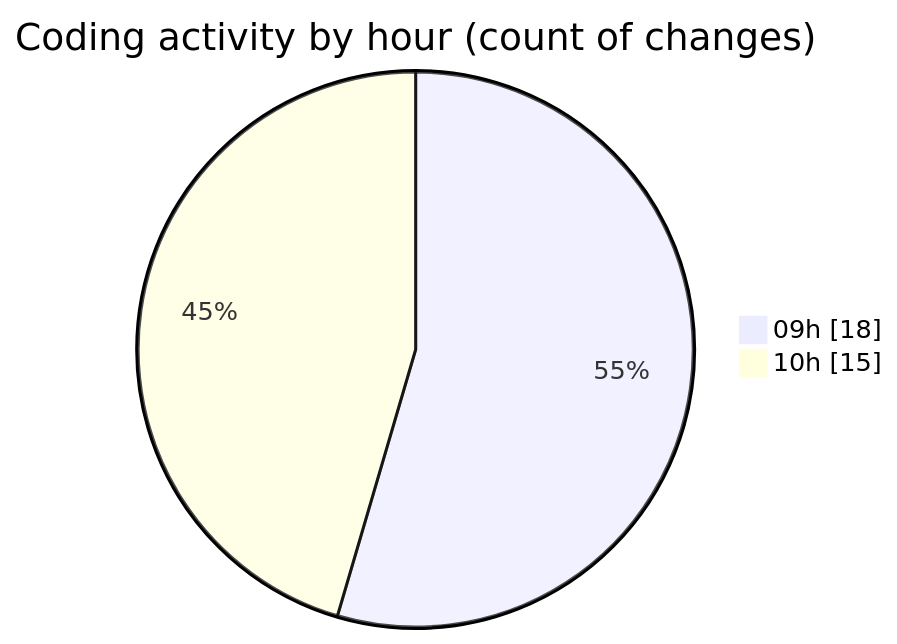
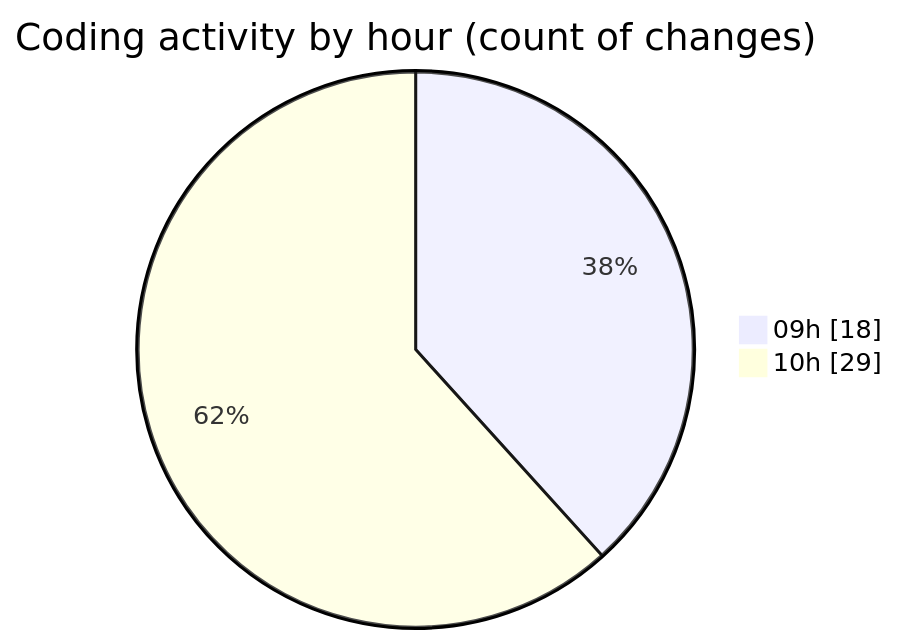
The second of 2 diagrams in 2025-03-21/cda/README.md (momahboobian/code-tracking), drawn with Mermaid before and after one commit. The commit also changed other lines of this file and 1 other file, not shown here.

````diff
--- a/2025-03-21/cda/README.md
+++ b/2025-03-21/cda/README.md
@@ -32,6 +34,6 @@
 ```mermaid
 pie showData
 title Coding activity by hour (count of changes)
 "09h" : 18
-"10h" : 15
+"10h" : 29
 ```
````
